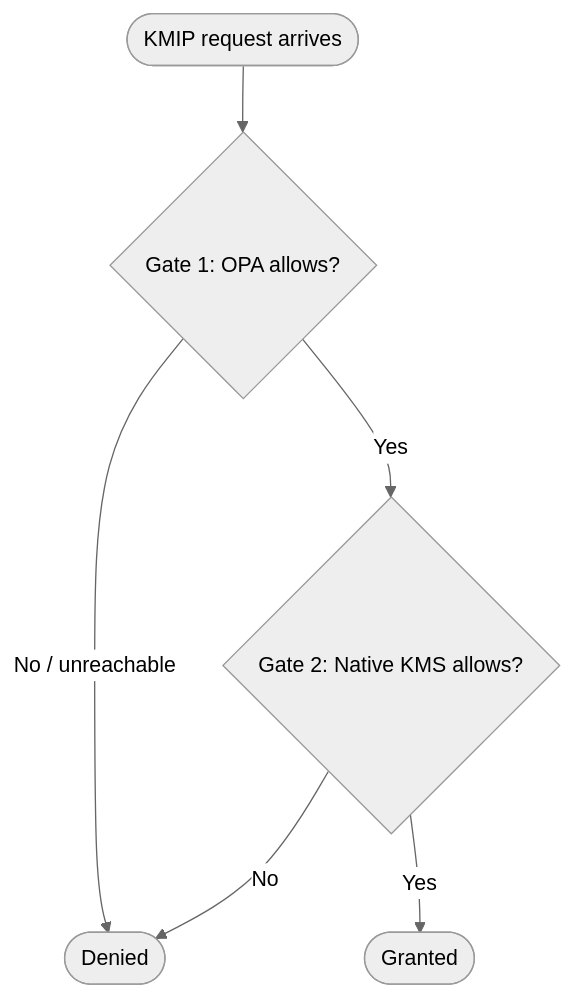
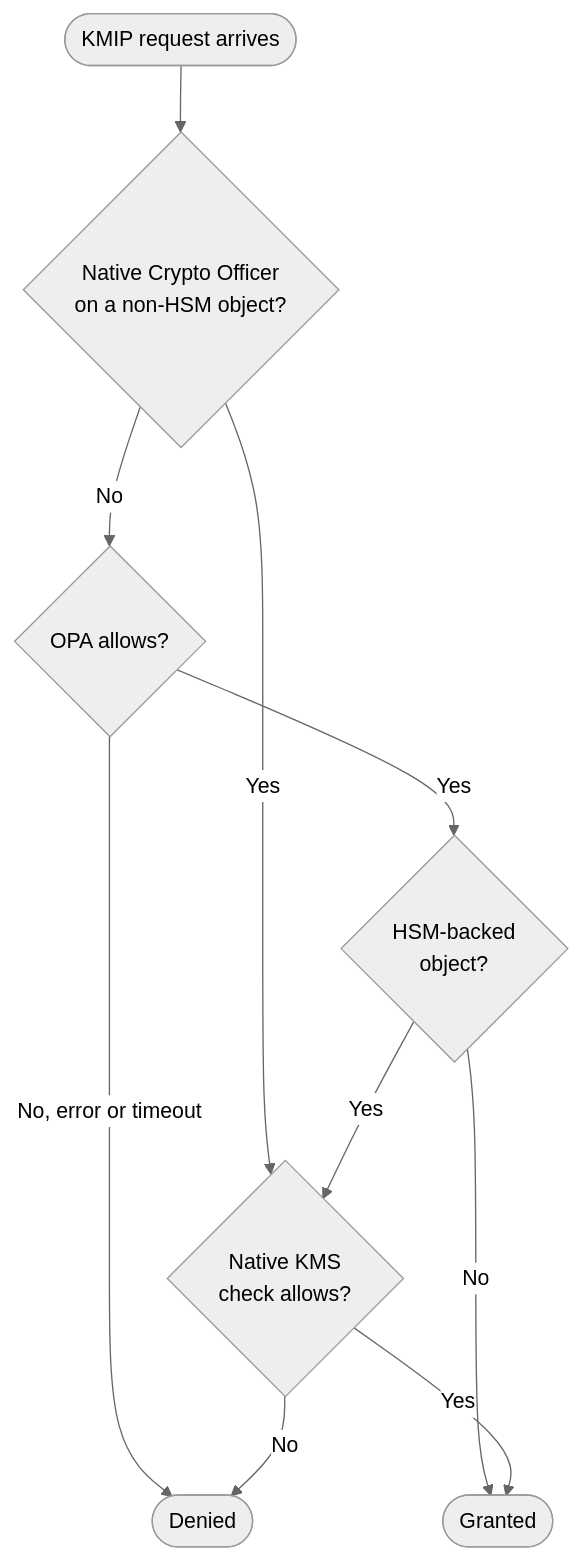
Before and after one commit to Cosmian/kms: the third of 3 diagrams in documentation/docs/configuration/authorization/mode3.md, drawn with Mermaid (neutral theme). The commit also changed other lines of this file and 20 other files, not shown here.

````diff
--- a/documentation/docs/configuration/authorization/mode3.md
+++ b/documentation/docs/configuration/authorization/mode3.md
@@ -117,8 +151,12 @@
 ```mermaid
 flowchart TD
-    Start([KMIP request arrives]) --> OPA{Gate 1: OPA allows?}
-    OPA -->|No / unreachable| Deny([Denied])
-    OPA -->|Yes| KMS{Gate 2: Native KMS allows?}
+    Start([KMIP request arrives]) --> CO{"Native Crypto Officer<br/>on a non-HSM object?"}
+    CO -->|Yes| KMS{"Native KMS<br/>check allows?"}
+    CO -->|No| OPA{"OPA allows?"}
+    OPA -->|"No, error or timeout"| Deny([Denied])
+    OPA -->|Yes| HSM{"HSM-backed<br/>object?"}
+    HSM -->|No| Allow([Granted])
+    HSM -->|Yes| KMS
     KMS -->|No| Deny
-    KMS -->|Yes| Allow([Granted])
+    KMS -->|Yes| Allow
 ```
````
